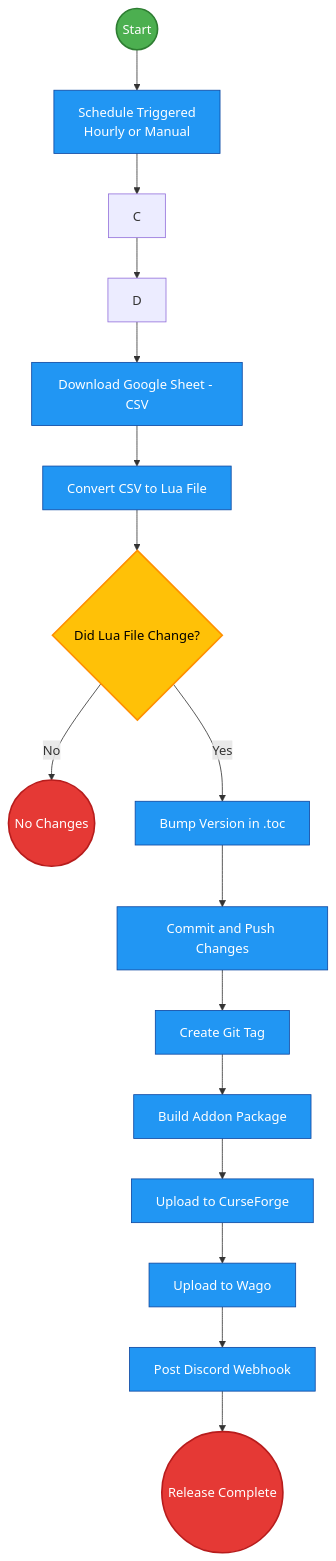
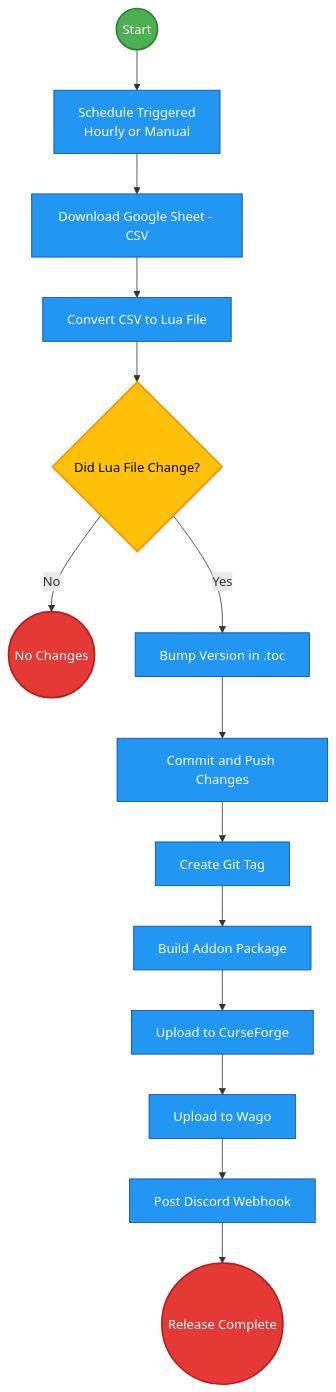
The diagram in README.md (Devbezos/Larias-Weekly-Checklist), drawn with Mermaid before and after one commit.

````diff
--- a/README.md
+++ b/README.md
@@ -1,28 +1,28 @@
 ```mermaid
 flowchart TD
 
     A((Start)):::start
     B[Schedule Triggered<br/>Hourly or Manual]:::process
     E[Download Google Sheet - CSV]:::process
     F[Convert CSV to Lua File]:::process
     G{Did Lua File Change?}:::decision
 
     H((No Changes)):::finish
     I[Bump Version in .toc]:::process
     J[Commit and Push Changes]:::process
     K[Create Git Tag]:::process
     L[Build Addon Package]:::process
     M[Upload to CurseForge]:::process
     N[Upload to Wago]:::process
     O[Post Discord Webhook]:::process
     P((Release Complete)):::finish
 
-    A --> B --> C --> D --> E --> F --> G
+    A --> B --> E --> F --> G
     G -- No --> H
     G -- Yes --> I --> J --> K --> L --> M --> N --> O --> P
 
     classDef start fill:#4CAF50,color:#fff,stroke:#2E7D32,stroke-width:2px;
     classDef finish fill:#E53935,color:#fff,stroke:#B71C1C,stroke-width:2px;
     classDef process fill:#2196F3,color:#fff,stroke:#0D47A1,stroke-width:1px;
     classDef decision fill:#FFC107,color:#000,stroke:#FF8F00,stroke-width:2px;
 ```
````
